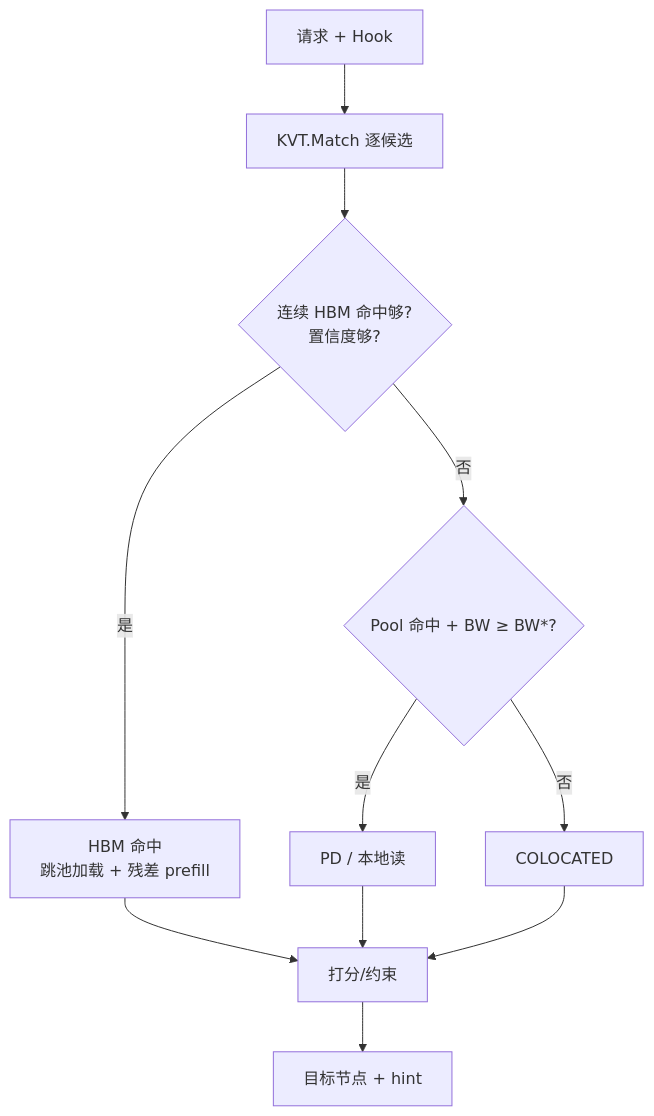
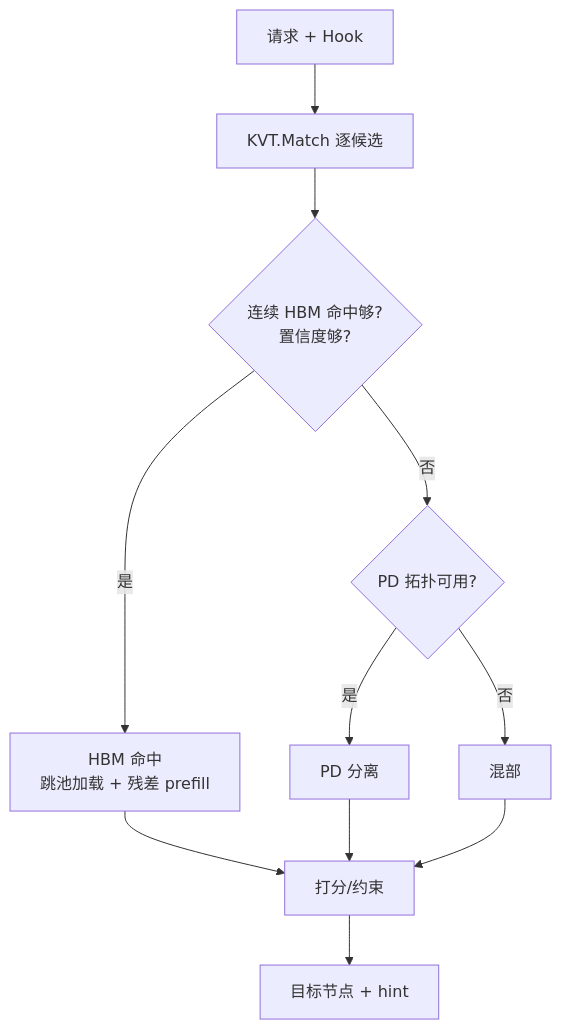
One commit to 5x8-40/lake changed the fifth of 9 diagrams in kvcm/design/D8a-scheduling-algorithms.md. Above: the diagram before and after it, drawn with Mermaid. The commit also changed other lines of this file and 8 other files, not shown here.

````diff
--- a/kvcm/design/D8a-scheduling-algorithms.md
+++ b/kvcm/design/D8a-scheduling-algorithms.md
@@ -302,13 +304,13 @@
 ```mermaid
 flowchart TB
     S["请求 + Hook"] --> M["KVT.Match 逐候选"]
     M --> H{"连续 HBM 命中够?<br/>置信度够?"}
     H -->|"是"| HB["HBM 命中<br/>跳池加载 + 残差 prefill"]
-    H -->|"否"| P{"Pool 命中 + BW ≥ BW*?"}
-    P -->|"是"| PD["PD / 本地读"]
-    P -->|"否"| CO["COLOCATED"]
+    H -->|"否"| P{"PD 拓扑可用?"}
+    P -->|"是"| PD["PD 分离"]
+    P -->|"否"| CO["混部"]
     HB --> SEL["打分/约束"]
     PD --> SEL
     CO --> SEL
     SEL --> D["目标节点 + hint"]
 ```
````
